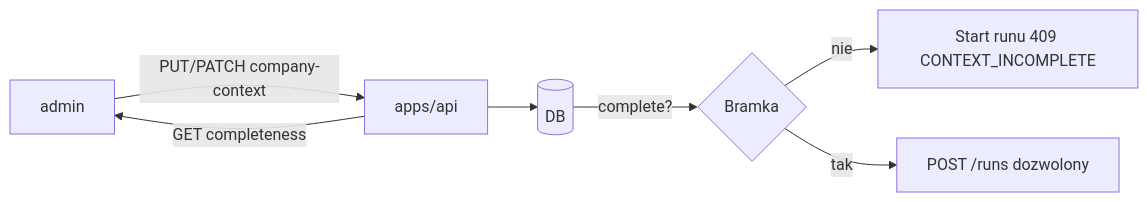
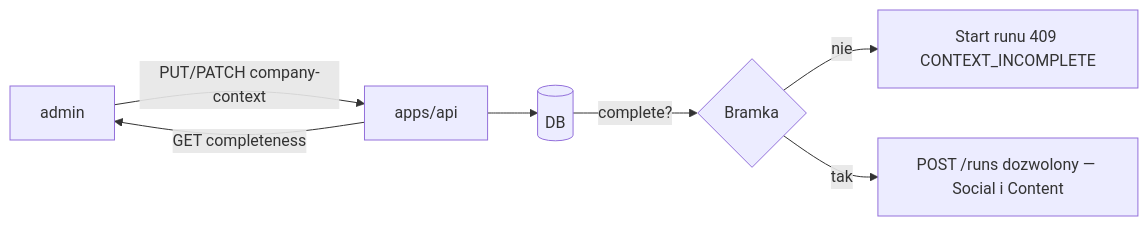
One commit to matej2314/content-chain changed the second of 6 diagrams in docs/data_flow.md. Above: the diagram before and after it, drawn with Mermaid. The commit also changed other lines of this file and 27 other files, not shown here.

````diff
--- a/docs/data_flow.md
+++ b/docs/data_flow.md
@@ -40,9 +40,9 @@
 ```mermaid
 flowchart LR
   Admin[admin] -->|PUT/PATCH company-context| API[apps/api]
   API --> DB[(DB)]
   API -->|GET completeness| Admin
   DB -->|complete?| Gate{Bramka}
   Gate -->|nie| Block[Start runu 409 CONTEXT_INCOMPLETE]
-  Gate -->|tak| Allow[POST /runs dozwolony]
+  Gate -->|tak| Allow[POST /runs dozwolony — Social i Content]
 ```
````
